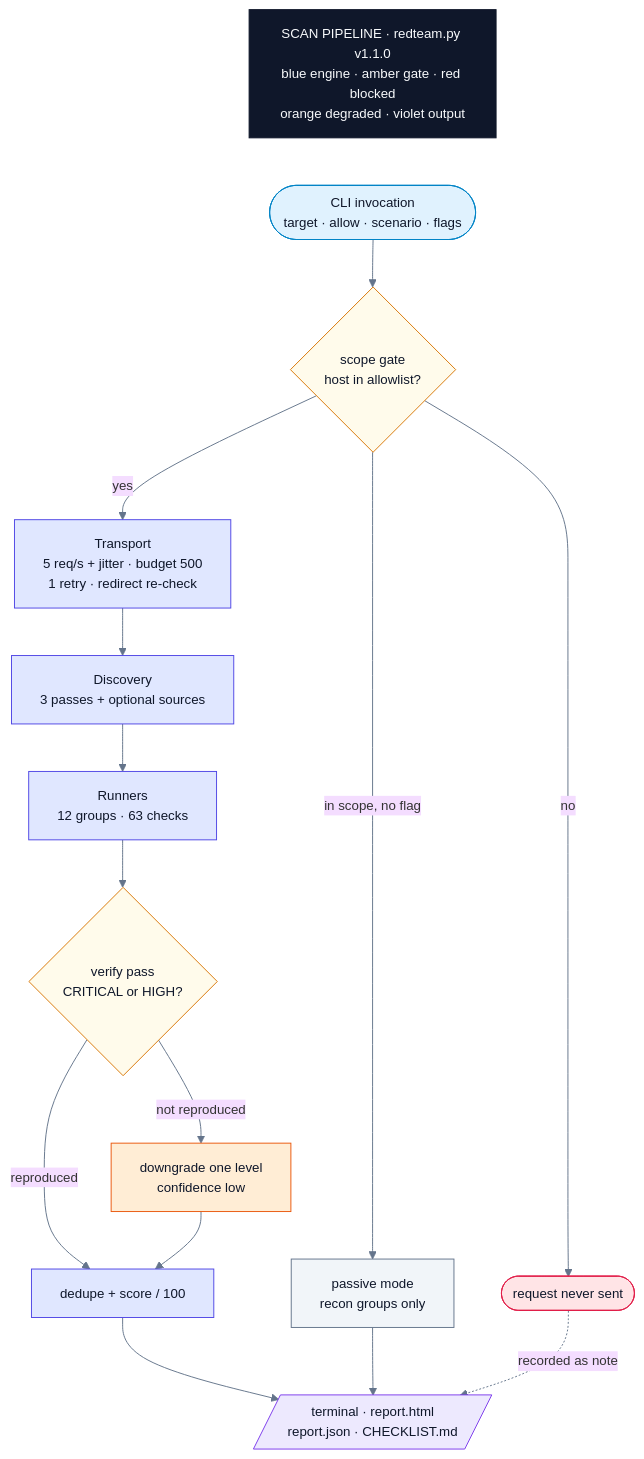
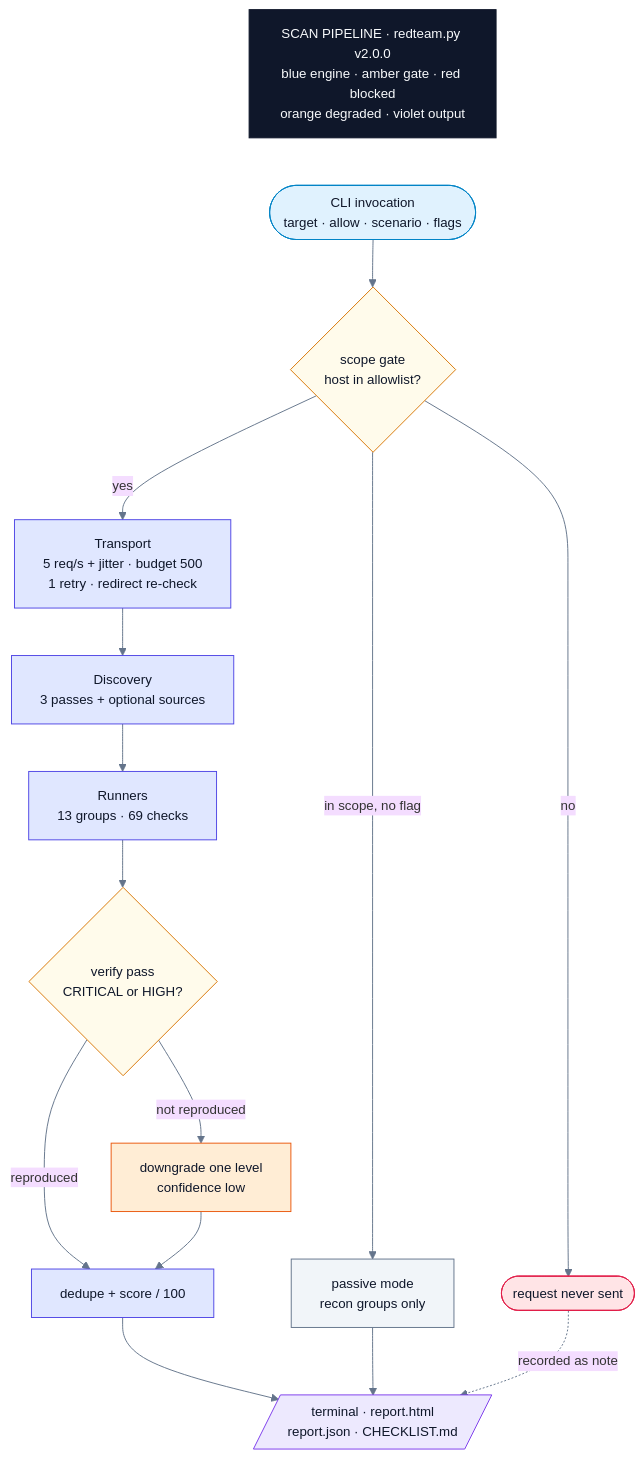
One commit to pixie-chan/redqueen changed the first of 6 diagrams in docs/ARCHITECTURE.md. Above: the diagram before and after it, drawn with Mermaid. The commit also changed other lines of this file and 17 other files, not shown here.

````diff
--- a/docs/ARCHITECTURE.md
+++ b/docs/ARCHITECTURE.md
@@ -21,30 +21,30 @@
 ```mermaid
 %%{init: {"theme":"base","themeVariables":{"fontFamily":"DejaVu Sans, Helvetica, sans-serif","fontSize":"14px","lineColor":"#64748b","clusterBkg":"#f8fafc","clusterBorder":"#cbd5e1"}}}%%
 flowchart TD
-    T["SCAN PIPELINE · redteam.py v1.1.0<br/>blue engine · amber gate · red blocked<br/>orange degraded · violet output"]:::title ~~~ A(["CLI invocation<br/>target · allow · scenario · flags"]):::cli
+    T["SCAN PIPELINE · redteam.py v2.0.0<br/>blue engine · amber gate · red blocked<br/>orange degraded · violet output"]:::title ~~~ A(["CLI invocation<br/>target · allow · scenario · flags"]):::cli
     A --> G{"scope gate<br/>host in allowlist?"}:::gate
     G -->|no| K(["request never sent"]):::bad
     G -->|"in scope, no flag"| P["passive mode<br/>recon groups only"]:::neutral
     G -->|yes| T2["Transport<br/>5 req/s + jitter · budget 500<br/>1 retry · redirect re-check"]:::engine
     T2 --> D["Discovery<br/>3 passes + optional sources"]:::engine
-    D --> R["Runners<br/>12 groups · 63 checks"]:::engine
+    D --> R["Runners<br/>13 groups · 69 checks"]:::engine
     R --> V{"verify pass<br/>CRITICAL or HIGH?"}:::gate
     V -->|reproduced| Z["dedupe + score / 100"]:::engine
     V -->|"not reproduced"| DN["downgrade one level<br/>confidence low"]:::warn
     DN --> Z
     Z --> O[/"terminal · report.html<br/>report.json · CHECKLIST.md"/]:::out
     P --> O
     K -.->|"recorded as note"| O
 
     classDef title fill:#0f172a,stroke:#0f172a,color:#f8fafc
     classDef cli fill:#e0f2fe,stroke:#0284c7,color:#0f172a
     classDef engine fill:#e0e7ff,stroke:#4f46e5,color:#0f172a
     classDef gate fill:#fffbeb,stroke:#d97706,color:#0f172a
     classDef good fill:#dcfce7,stroke:#059669,color:#0f172a
     classDef bad fill:#ffe4e6,stroke:#e11d48,color:#0f172a
     classDef warn fill:#ffedd5,stroke:#ea580c,color:#0f172a
     classDef out fill:#ede9fe,stroke:#7c3aed,color:#0f172a
     classDef neutral fill:#f1f5f9,stroke:#64748b,color:#0f172a
     classDef ext fill:#cffafe,stroke:#0891b2,color:#0f172a
     classDef forbidden fill:#ffe4e6,stroke:#e11d48,color:#0f172a,stroke-dasharray:6 4
 ```
````
